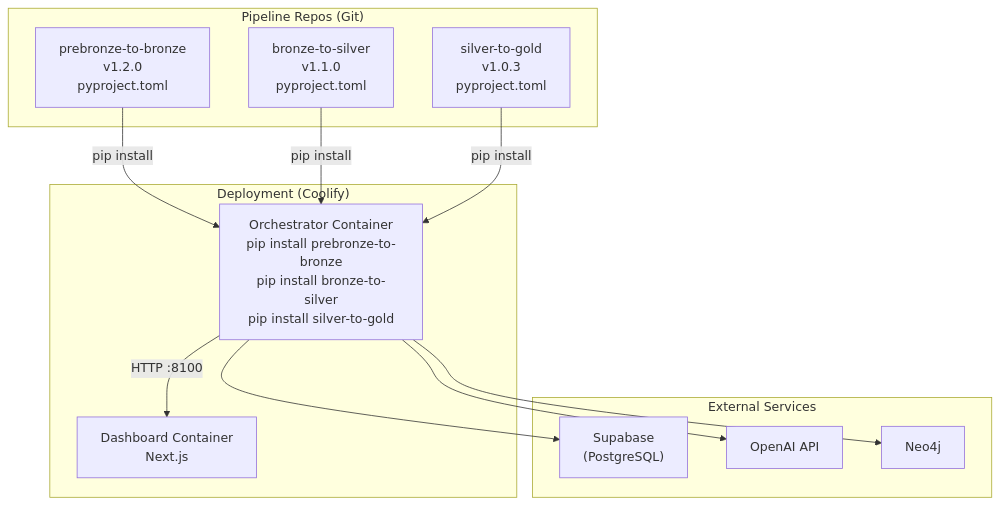
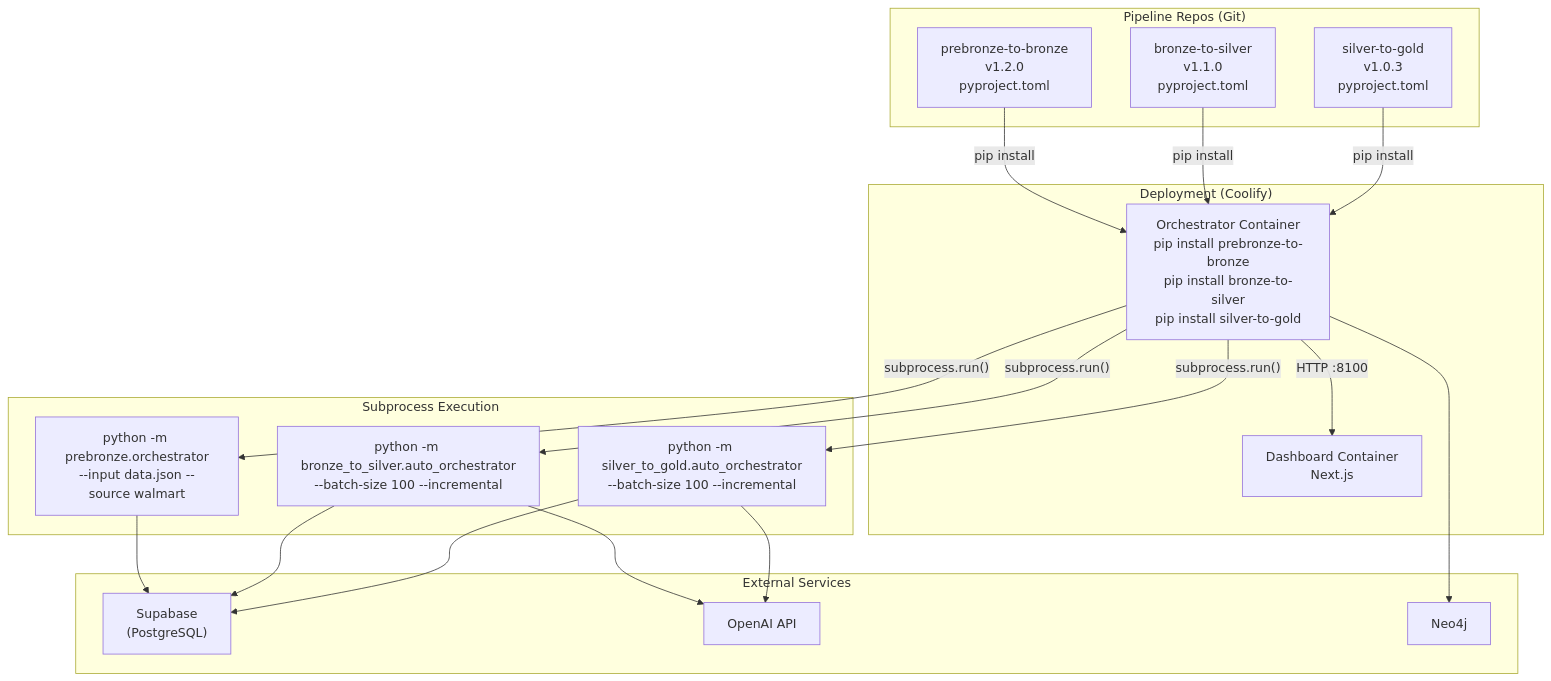
Before and after one commit to souravOD/orchestrator: the diagram in docs/PIPELINE_PACKAGING_STRATEGY.md, drawn with Mermaid. The commit also changed other lines of this file and 20 other files, not shown here.

````diff
--- a/docs/PIPELINE_PACKAGING_STRATEGY.md
+++ b/docs/PIPELINE_PACKAGING_STRATEGY.md
@@ -521,28 +563,41 @@
 ```mermaid
 graph TB
     subgraph "Deployment (Coolify)"
         ORCH["Orchestrator Container<br/>pip install prebronze-to-bronze<br/>pip install bronze-to-silver<br/>pip install silver-to-gold"]
         DASH["Dashboard Container<br/>Next.js"]
         ORCH --> |"HTTP :8100"| DASH
+    end
+
+    subgraph "Subprocess Execution"
+        PB_PROC["python -m prebronze.orchestrator<br/>--input data.json --source walmart"]
+        BS_PROC["python -m bronze_to_silver.auto_orchestrator<br/>--batch-size 100 --incremental"]
+        SG_PROC["python -m silver_to_gold.auto_orchestrator<br/>--batch-size 100 --incremental"]
     end
 
     subgraph "Pipeline Repos (Git)"
         PB["prebronze-to-bronze<br/>v1.2.0<br/>pyproject.toml"]
         BS["bronze-to-silver<br/>v1.1.0<br/>pyproject.toml"]
         SG["silver-to-gold<br/>v1.0.3<br/>pyproject.toml"]
     end
 
     subgraph "External Services"
         SB["Supabase<br/>(PostgreSQL)"]
         OAI["OpenAI API"]
         N4J["Neo4j"]
     end
 
     PB --> |"pip install"| ORCH
     BS --> |"pip install"| ORCH
     SG --> |"pip install"| ORCH
 
-    ORCH --> SB
-    ORCH --> OAI
+    ORCH --> |"subprocess.run()"| PB_PROC
+    ORCH --> |"subprocess.run()"| BS_PROC
+    ORCH --> |"subprocess.run()"| SG_PROC
+
+    PB_PROC --> SB
+    BS_PROC --> SB
+    BS_PROC --> OAI
+    SG_PROC --> SB
+    SG_PROC --> OAI
     ORCH --> N4J
 ```
````
